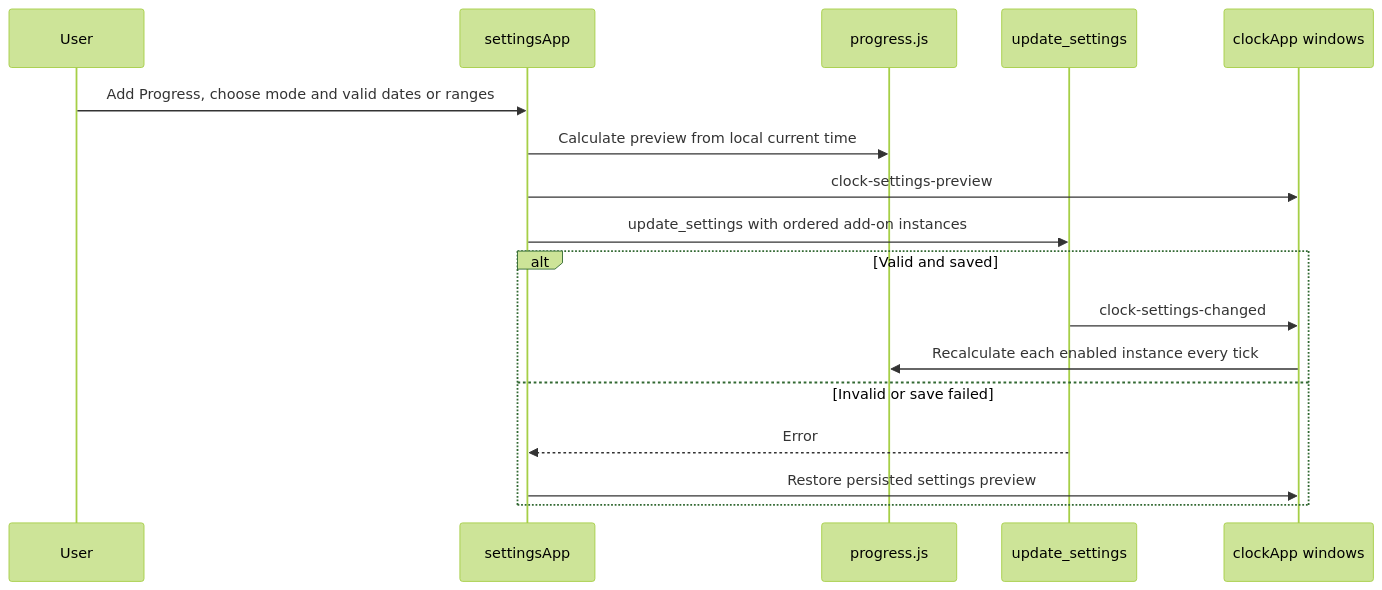
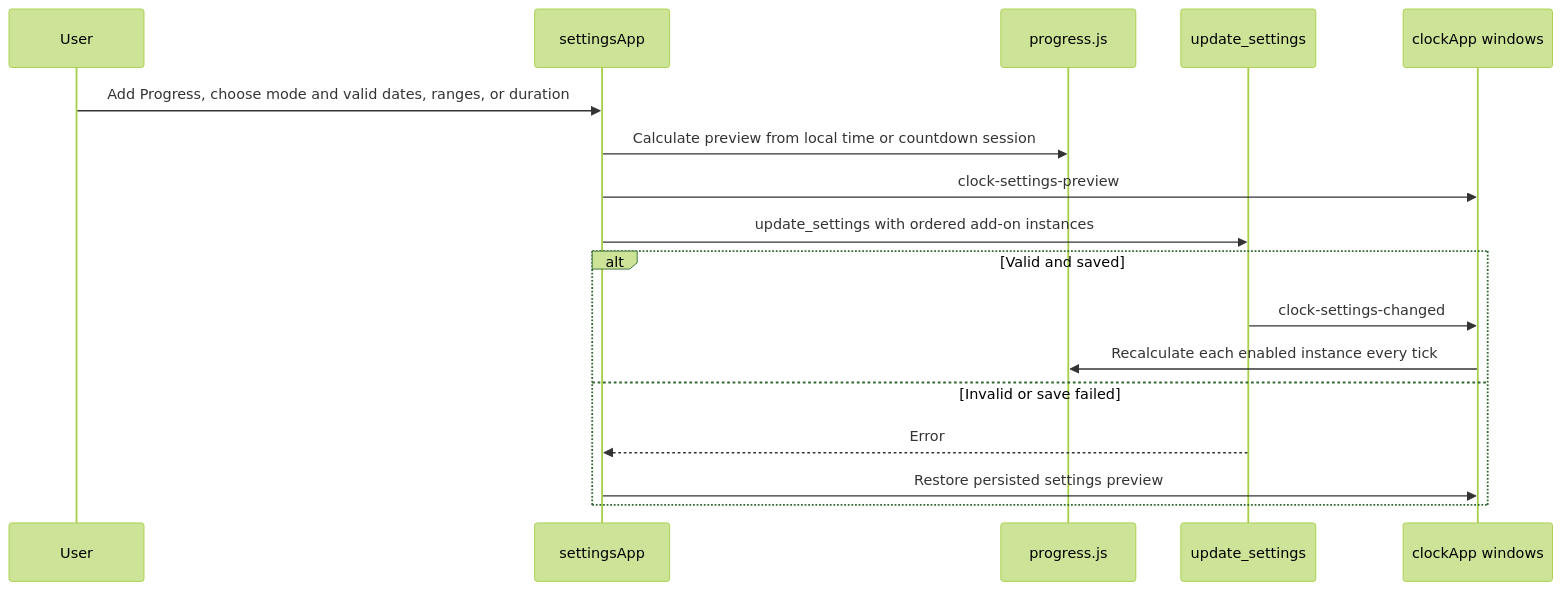
One commit to tbkmax/TopClock changed the first of 6 diagrams in src/doc/workflow_diagram.md. Above: the diagram before and after it, drawn with Mermaid (forest theme). The commit also changed other lines of this file and 25 other files, not shown here.

Commit message:
feat(progress_bar): add countdown feature into it

````diff
--- a/src/doc/workflow_diagram.md
+++ b/src/doc/workflow_diagram.md
@@ -5,19 +5,19 @@
 ```mermaid
 sequenceDiagram
     participant User
     participant Settings as settingsApp
     participant Progress as progress.js
     participant Rust as update_settings
     participant Clocks as clockApp windows
-    User->>Settings: Add Progress, choose mode and valid dates or ranges
-    Settings->>Progress: Calculate preview from local current time
+    User->>Settings: Add Progress, choose mode and valid dates, ranges, or duration
+    Settings->>Progress: Calculate preview from local time or countdown session
     Settings->>Clocks: clock-settings-preview
     Settings->>Rust: update_settings with ordered add-on instances
     alt Valid and saved
         Rust->>Clocks: clock-settings-changed
         Clocks->>Progress: Recalculate each enabled instance every tick
     else Invalid or save failed
         Rust-->>Settings: Error
         Settings->>Clocks: Restore persisted settings preview
     end
 ```
````
